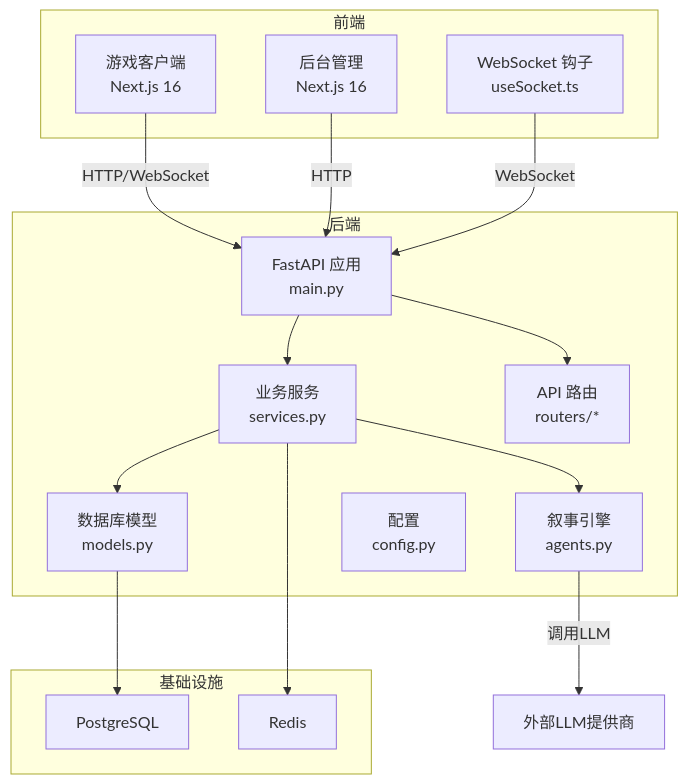
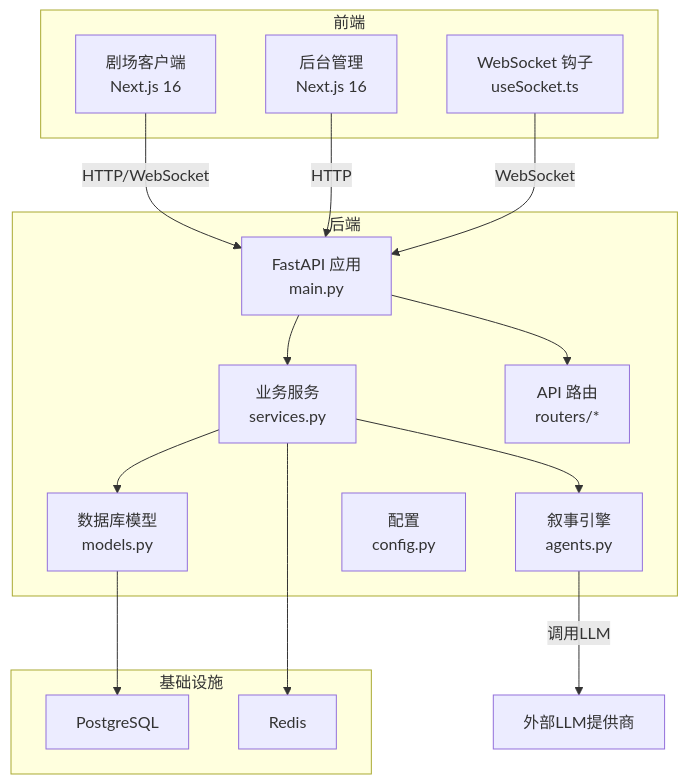
Before and after one commit to KunLabAI/KunFlix: the first of 9 diagrams in .qoder/repowiki/zh/content/项目概述/系统架构设计.md, drawn with Mermaid. The commit also changed other lines of this file and 112 other files, not shown here.

````diff
--- a/.qoder/repowiki/zh/content/项目概述/系统架构设计.md
+++ b/.qoder/repowiki/zh/content/项目概述/系统架构设计.md
@@ -41,30 +41,30 @@
 ```mermaid
 graph TB
 subgraph "前端"
-FE_Game["游戏客户端<br/>Next.js 16"]
+FE_Theater["剧场客户端<br/>Next.js 16"]
 FE_Admin["后台管理<br/>Next.js 16"]
 WS["WebSocket 钩子<br/>useSocket.ts"]
 end
 subgraph "后端"
 API["FastAPI 应用<br/>main.py"]
 SVC["业务服务<br/>services.py"]
 AGENTS["叙事引擎<br/>agents.py"]
 DB["数据库模型<br/>models.py"]
 CFG["配置<br/>config.py"]
 ROUTERS["API 路由<br/>routers/*"]
 end
 subgraph "基础设施"
 PG["PostgreSQL"]
 RD["Redis"]
 end
-FE_Game --> |"HTTP/WebSocket"| API
+FE_Theater --> |"HTTP/WebSocket"| API
 FE_Admin --> |"HTTP"| API
 WS --> |"WebSocket"| API
 API --> SVC
 API --> ROUTERS
 SVC --> DB
 SVC --> AGENTS
 AGENTS --> |"调用LLM"| LLM["外部LLM提供商"]
 DB --> PG
 SVC --> RD
 ```
````
